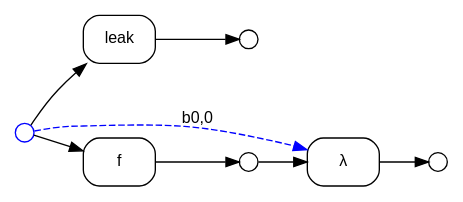
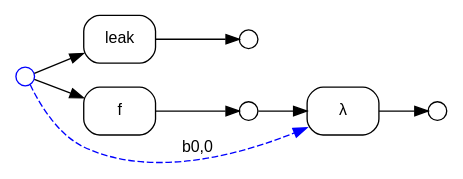
Before and after one commit to ammatsui/bhypvis: the diagram in safety_unsafe_leaking_bound_variable.dot, drawn with Graphviz. The commit also changed other lines of this file and 939 other files, not shown here.

```diff
--- a/safety_unsafe_leaking_bound_variable.dot
+++ b/safety_unsafe_leaking_bound_variable.dot
@@ -1,29 +1,29 @@
 digraph G {
   fontname="Helvetica"
   fontsize=12
   rankdir=LR;
   node [fontname="Helvetica", fontsize=12];
   edge [fontname="Helvetica", fontsize=12];
 
   // Nodes
+  n2 [label="", shape=circle, style=filled, fillcolor=white, color="black", width=0.2, height=0.2, fixedsize=true];
   n3 [label="", shape=circle, style=filled, fillcolor=white, color="black", width=0.2, height=0.2, fixedsize=true];
   n0 [label="", shape=circle, style=filled, fillcolor=white, color="blue", width=0.2, height=0.2, fixedsize=true];
-  n2 [label="", shape=circle, style=filled, fillcolor=white, color="black", width=0.2, height=0.2, fixedsize=true];
   n1 [label="", shape=circle, style=filled, fillcolor=white, color="black", width=0.2, height=0.2, fixedsize=true];
 
   // Hyperedges
   e2 [label="leak", shape=box, style=rounded, color="black"];
+  e0 [label="f", shape=box, style=rounded, color="black"];
   e1 [label="λ", shape=box, style=rounded, color="black"];
-  e0 [label="f", shape=box, style=rounded, color="black"];
 
   // Source connections
   n0 -> e2 [label=""];
+  n0 -> e0 [label=""];
   n1 -> e1 [label=""];
   n0 -> e1 [style=dashed, color="blue", constraint=false, label="b0,0"];
-  n0 -> e0 [label=""];
 
   // Target connections
   e2 -> n3 [label=""];
+  e0 -> n1 [label=""];
   e1 -> n2 [label=""];
-  e0 -> n1 [label=""];
 }
```
